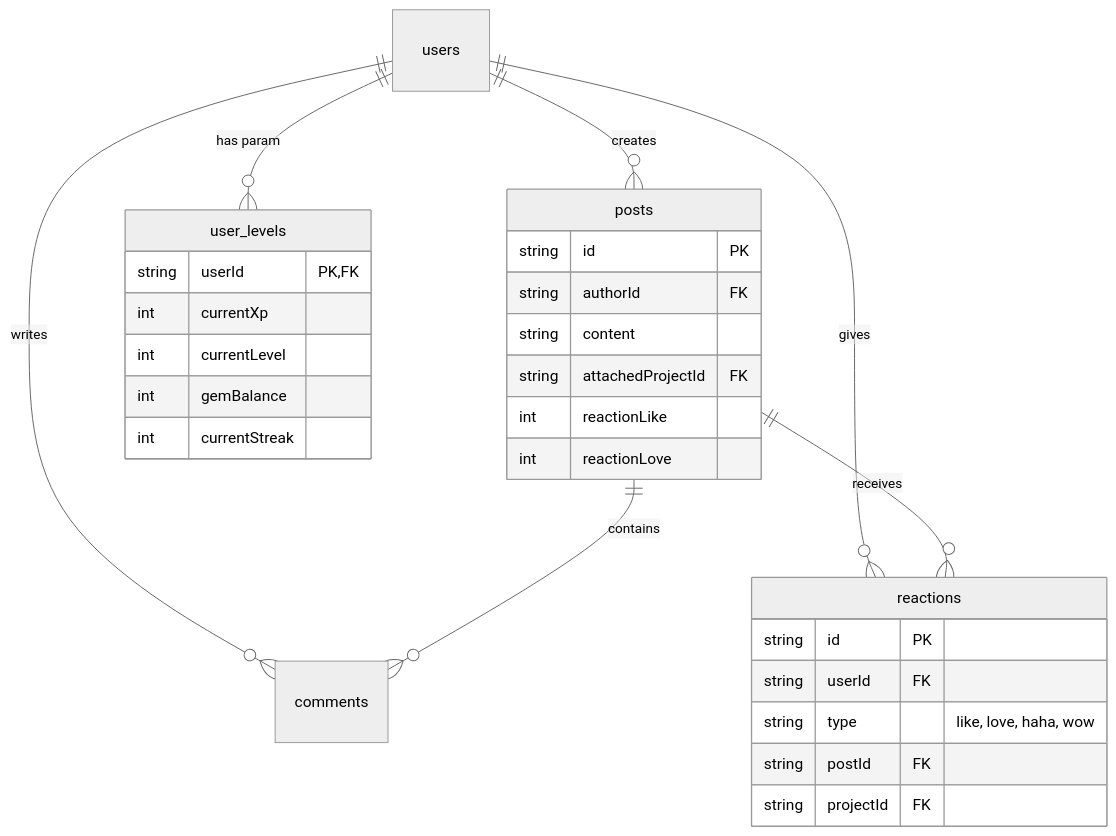
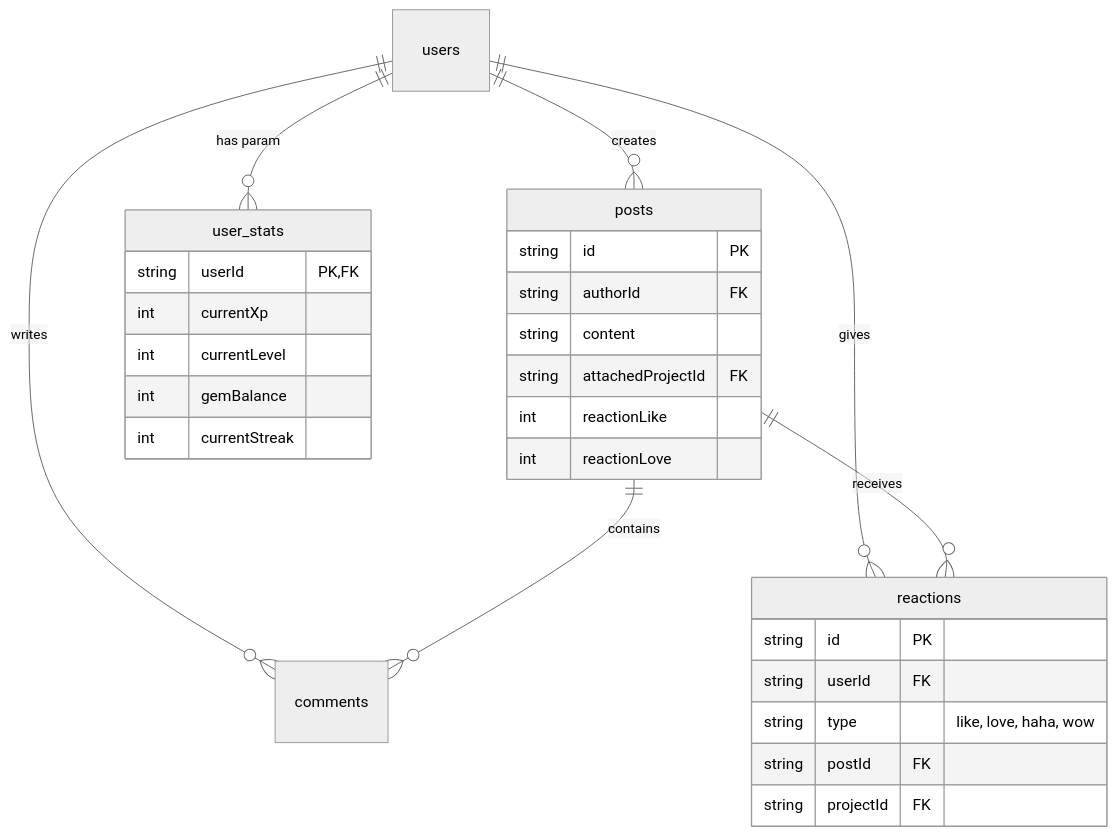
Before and after one commit to trungtrungkang/backing-score: the second of 2 diagrams in docs/main/vision-v5/03-social-gamification.md, drawn with Mermaid (neutral theme). The commit also changed other lines of this file and 25 other files, not shown here.

````diff
--- a/docs/main/vision-v5/03-social-gamification.md
+++ b/docs/main/vision-v5/03-social-gamification.md
@@ -50,35 +50,35 @@
 ```mermaid
 erDiagram
     users ||--o{ posts : "creates"
     users ||--o{ comments : "writes"
     users ||--o{ reactions : "gives"
-    users ||--o{ user_levels : "has param"
+    users ||--o{ user_stats : "has param"
     
     posts ||--o{ comments : "contains"
     posts ||--o{ reactions : "receives"
     
     posts {
         string id PK
         string authorId FK
         string content
         string attachedProjectId FK
         int reactionLike
         int reactionLove
     }
     
     reactions {
         string id PK
         string userId FK
         string type "like, love, haha, wow"
         string postId FK
         string projectId FK
     }
     
-    user_levels {
+    user_stats {
         string userId PK, FK
         int currentXp
         int currentLevel
         int gemBalance
         int currentStreak
     }
 ```
````
